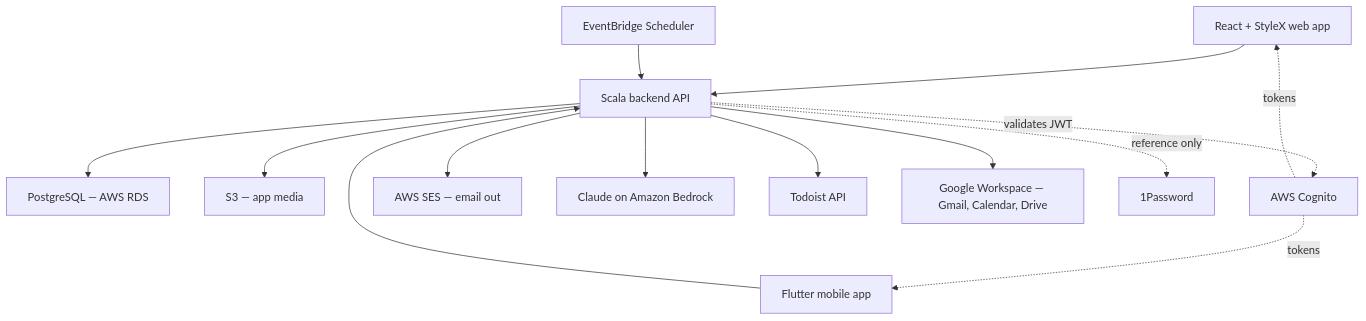
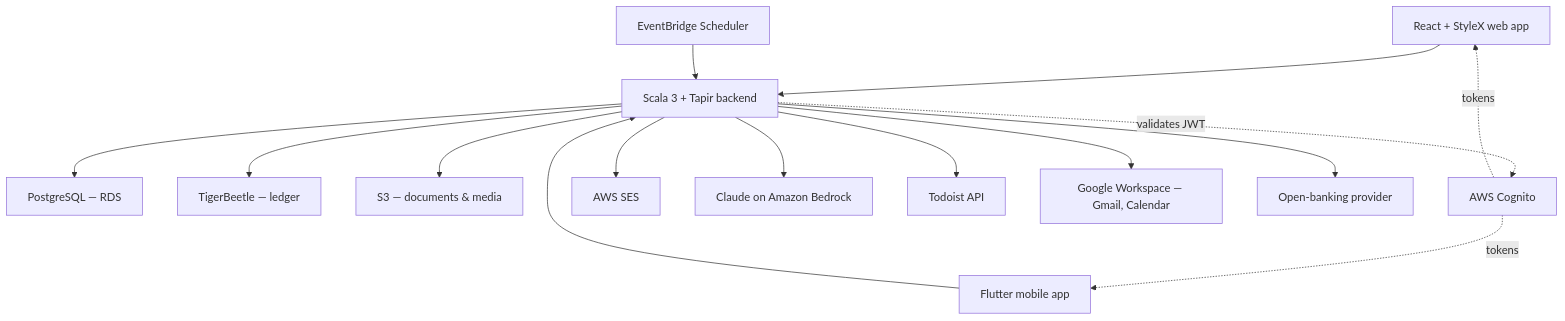
The third of 3 diagrams in Kanzen-Platform-Spec.md (alexflav23/kanzen), drawn with Mermaid before and after one commit. The commit also changed other lines of this file and 26 other files, not shown here.

````diff
--- a/Kanzen-Platform-Spec.md
+++ b/Kanzen-Platform-Spec.md
@@ -263,16 +415,17 @@
 ```mermaid
 graph TD
     W["React + StyleX web app"] --> API
     M["Flutter mobile app"] --> API
-    API["Scala backend API"] --> DB["PostgreSQL — AWS RDS"]
-    API --> S3["S3 — app media"]
+    API["Scala 3 + Tapir backend"] --> DB["PostgreSQL — RDS"]
+    API --> TB["TigerBeetle — ledger"]
+    API --> S3["S3 — documents & media"]
     AUTH["AWS Cognito"] -.tokens.-> W
     AUTH -.tokens.-> M
     API -.validates JWT.-> AUTH
     CRON["EventBridge Scheduler"] --> API
-    API --> SES["AWS SES — email out"]
+    API --> SES["AWS SES"]
     API --> BR["Claude on Amazon Bedrock"]
     API --> TD["Todoist API"]
-    API --> GW["Google Workspace — Gmail, Calendar, Drive"]
-    API -.reference only.-> OP["1Password"]
+    API --> GW["Google Workspace — Gmail, Calendar"]
+    API --> BANK["Open-banking provider"]
 ```
````
